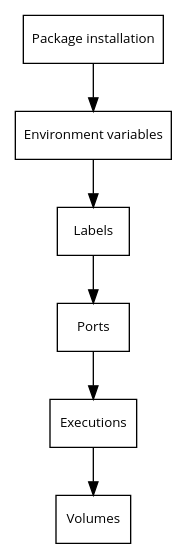
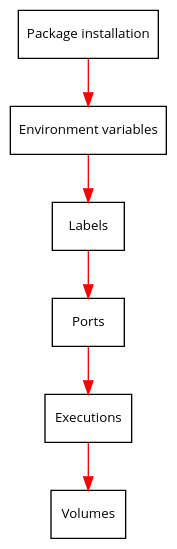
One commit to cekit/cekit changed the first of 2 diagrams in docs/handbook/modules/merging.rst. Above: the diagram before and after it, drawn with Graphviz. The commit also changed other lines of this file and 3 other files, not shown here.

```diff
--- a/docs/handbook/modules/merging.rst
+++ b/docs/handbook/modules/merging.rst
@@ -66,18 +66,19 @@
 .. graphviz::
     :align: center
     :alt: Module installation
     :name: module-installation-diagram
 
      digraph module_installation {
         graph [fontsize="11", fontname="Open Sans", compound="true"];
-        node [shape="box", fontname="Open Sans", fontsize="10"];
+        node [shape="box", fontname="Open Sans", fontsize="10", style="filled", fillcolor="white"];
+        bgcolor="transparent";
 
         packages [label="Package installation", href="#packages"];
         envs [label="Environment variables", href="#environment-variables"];
         labels [label="Labels", href="#labels"];
         ports [label="Ports", href="#ports"];
         execs [label="Executions", href="#executions"];
         volumes [label="Volumes", href="#volumes"];
 
-        packages -> envs -> labels -> ports -> execs -> volumes;
+        packages -> envs -> labels -> ports -> execs -> volumes [color="red"];
      }
```
